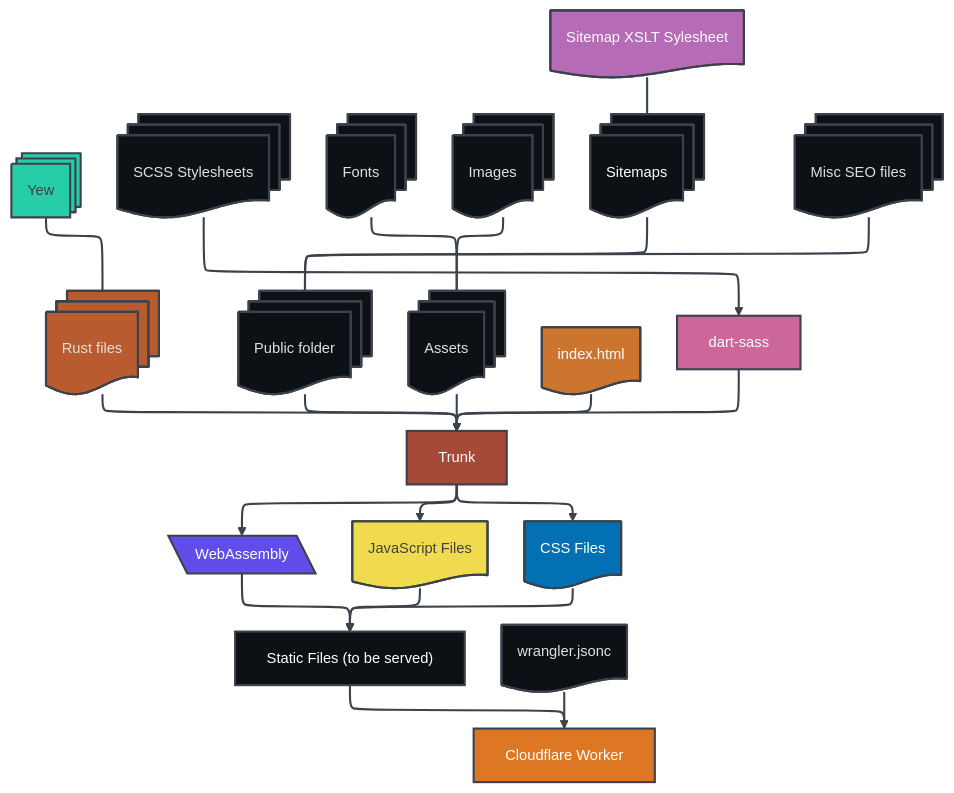
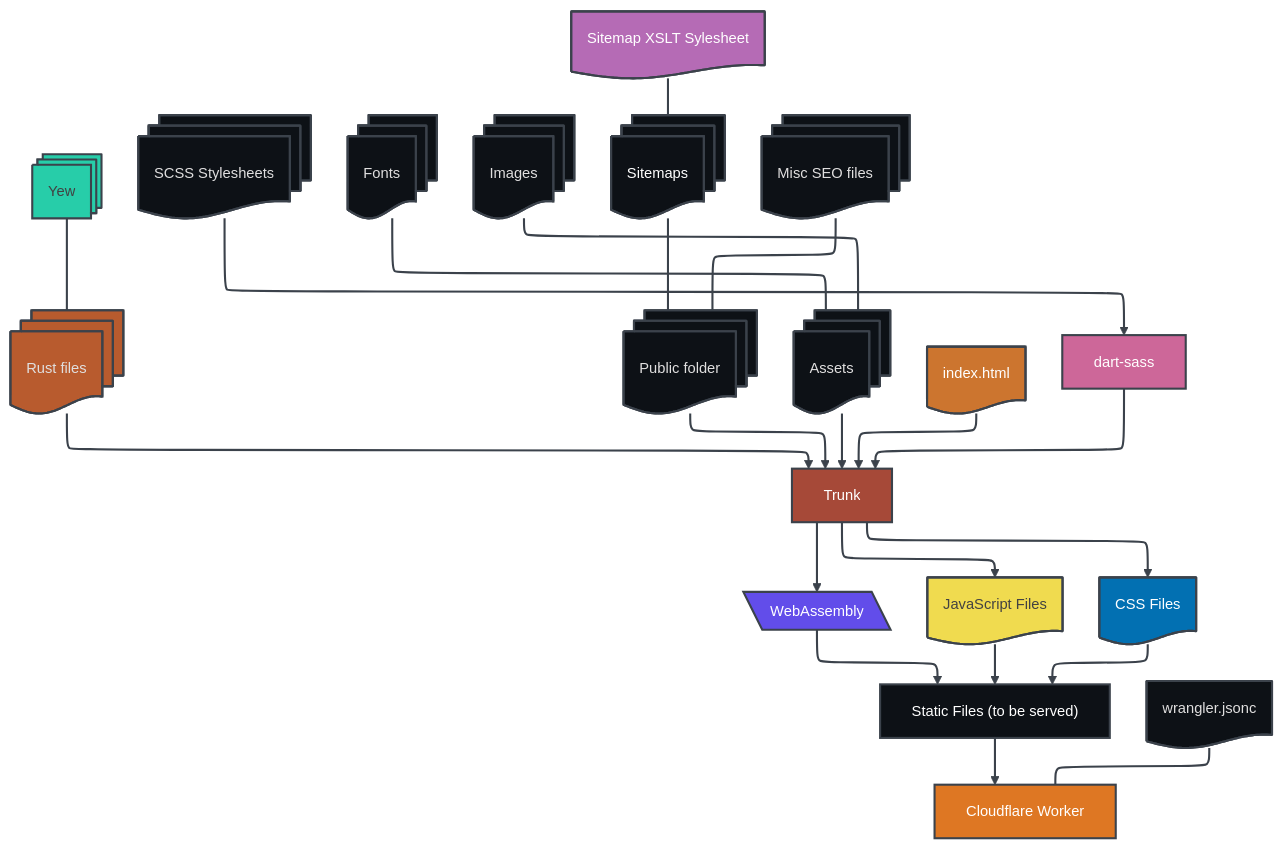
One commit to MysticalMike60t/rustismylife changed the diagram in README.md. Above: the diagram before and after it, drawn with Mermaid.

```diff
--- a/README.md
+++ b/README.md
@@ -19,12 +19,6 @@
 ---
 config:
   layout: elk
-  elk:
-    mergeEdges: true
-    nodePlacementStrategy: LINEAR_SEGMENTS
-  flowchart:
-    htmlLabels: false
-    defaultRenderer: "elk"
   look: classic
   theme: redux-dark
 ---
```
